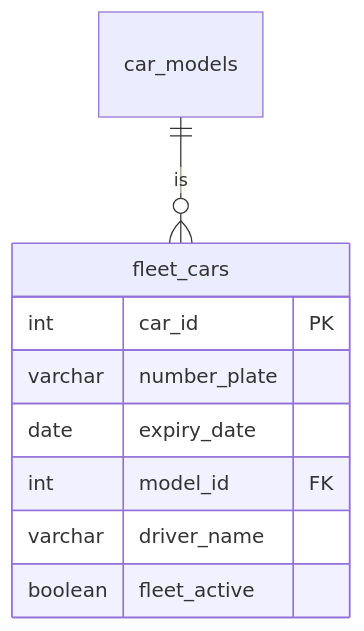
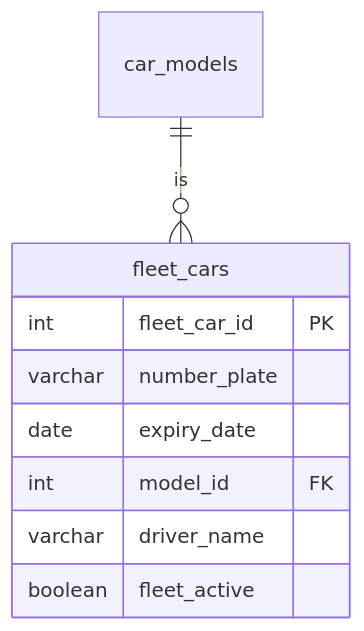
Before and after one commit to r3aper89/gdp-car-rego-database: the second of 2 diagrams in docs/database-design.md, drawn with Mermaid. The commit also changed other lines of this file and 9 other files, not shown here.

````diff
--- a/docs/database-design.md
+++ b/docs/database-design.md
@@ -71,12 +71,12 @@
 ```mermaid
 erDiagram
     fleet_cars {
-        int car_id PK
+        int fleet_car_id PK
         varchar number_plate
         date expiry_date
         int model_id FK
         varchar driver_name
         boolean fleet_active
     }
     car_models ||--o{ fleet_cars : "is"
 ```
````
